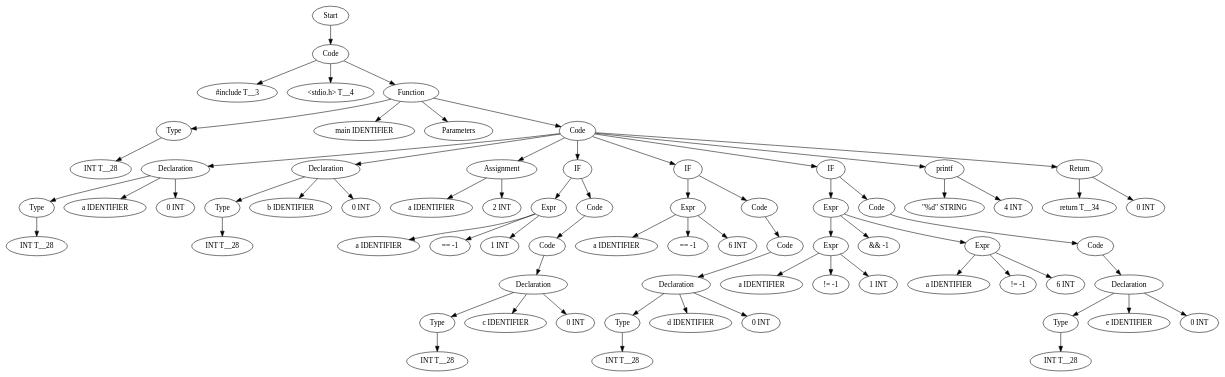
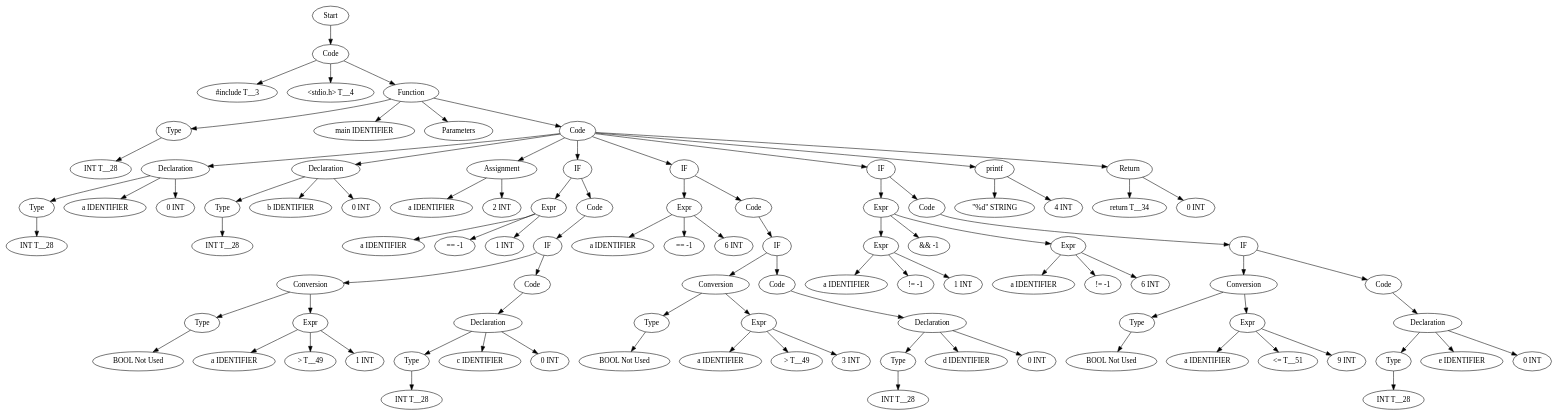
Before and after one commit to Are-you-listening/Compilers: the diagram in TestCases/ASTTests/SwitchTests/createTests/read_file_after.dot, drawn with Graphviz. The commit also changed 280 other files, not shown here.

```diff
--- a/TestCases/ASTTests/SwitchTests/createTests/read_file_after.dot
+++ b/TestCases/ASTTests/SwitchTests/createTests/read_file_after.dot
@@ -1,143 +1,191 @@
 digraph AST {
-  "132066147731696" [label="Start"];
-  "132066147731696" -> "132066147745040";
-  "132066147745040" [label="Code"];
-  "132066147745040" -> "132066147734096";
-  "132066147745040" -> "132066147744272";
-  "132066147745040" -> "132066147743504";
-  "132066147734096" [label="#include T__3"];
-  "132066147744272" [label="<stdio.h> T__4"];
-  "132066147743504" [label="Function"];
-  "132066147743504" -> "132066147732896";
-  "132066147743504" -> "132066147734384";
-  "132066147743504" -> "132066147745424";
-  "132066147743504" -> "132066147732032";
-  "132066147732896" [label="Type"];
-  "132066147732896" -> "132066147733088";
-  "132066147733088" [label="INT T__28"];
-  "132066147734384" [label="main IDENTIFIER"];
-  "132066147745424" [label="Parameters"];
-  "132066147732032" [label="Code"];
-  "132066147732032" -> "132066147731744";
-  "132066147732032" -> "132066147731792";
-  "132066147732032" -> "132066147729920";
-  "132066147732032" -> "132066147743744";
-  "132066147732032" -> "132066147743600";
-  "132066147732032" -> "132066147745760";
-  "132066147732032" -> "132066147734864";
-  "132066147732032" -> "132066147743120";
-  "132066147731744" [label="Declaration"];
-  "132066147731744" -> "132066147731648";
-  "132066147731744" -> "132066147731888";
-  "132066147731744" -> "132066147732272";
-  "132066147731648" [label="Type"];
-  "132066147731648" -> "132066147731600";
-  "132066147731600" [label="INT T__28"];
-  "132066147731888" [label="a IDENTIFIER"];
-  "132066147732272" [label="0 INT"];
-  "132066147731792" [label="Declaration"];
-  "132066147731792" -> "132066147732320";
-  "132066147731792" -> "132066147732848";
-  "132066147731792" -> "132066147743696";
-  "132066147732320" [label="Type"];
-  "132066147732320" -> "132066147743648";
-  "132066147743648" [label="INT T__28"];
-  "132066147732848" [label="b IDENTIFIER"];
-  "132066147743696" [label="0 INT"];
-  "132066147729920" [label="Assignment"];
-  "132066147729920" -> "132066147743792";
-  "132066147729920" -> "132066147743840";
-  "132066147743792" [label="a IDENTIFIER"];
-  "132066147743840" [label="2 INT"];
-  "132066147743744" [label="IF"];
-  "132066147743744" -> "132066147744128";
-  "132066147743744" -> "132066147734816";
-  "132066147744128" [label="Expr"];
-  "132066147744128" -> "132066147733040";
-  "132066147744128" -> "132066147733136";
-  "132066147744128" -> "132066147732752";
-  "132066147733040" [label="a IDENTIFIER"];
-  "132066147733136" [label="== -1"];
-  "132066147732752" [label="1 INT"];
-  "132066147734816" [label="Code"];
-  "132066147734816" -> "132066147741392";
-  "132066147741392" [label="Code"];
-  "132066147741392" -> "132066147744608";
-  "132066147744608" [label="Declaration"];
-  "132066147744608" -> "132066147733808";
-  "132066147744608" -> "132066147733424";
-  "132066147744608" -> "132066147733712";
-  "132066147733808" [label="Type"];
-  "132066147733808" -> "132066147733952";
-  "132066147733952" [label="INT T__28"];
-  "132066147733424" [label="c IDENTIFIER"];
-  "132066147733712" [label="0 INT"];
-  "132066147743600" [label="IF"];
-  "132066147743600" -> "132066147743072";
-  "132066147743600" -> "132066147733232";
-  "132066147743072" [label="Expr"];
-  "132066147743072" -> "132066147733904";
-  "132066147743072" -> "132066147733856";
-  "132066147743072" -> "132066147743216";
-  "132066147733904" [label="a IDENTIFIER"];
-  "132066147733856" [label="== -1"];
-  "132066147743216" [label="6 INT"];
-  "132066147733232" [label="Code"];
-  "132066147733232" -> "132066147735008";
-  "132066147735008" [label="Code"];
-  "132066147735008" -> "132066147734720";
-  "132066147734720" [label="Declaration"];
-  "132066147734720" -> "132066147742736";
-  "132066147734720" -> "132066147743360";
-  "132066147734720" -> "132066147733760";
-  "132066147742736" [label="Type"];
-  "132066147742736" -> "132066147743168";
-  "132066147743168" [label="INT T__28"];
-  "132066147743360" [label="d IDENTIFIER"];
-  "132066147733760" [label="0 INT"];
-  "132066147745760" [label="IF"];
-  "132066147745760" -> "132066147734912";
-  "132066147745760" -> "132066147732800";
-  "132066147734912" [label="Expr"];
-  "132066147734912" -> "132066147744464";
-  "132066147734912" -> "132066147745568";
-  "132066147734912" -> "132066147745616";
-  "132066147744464" [label="Expr"];
-  "132066147744464" -> "132066147742784";
-  "132066147744464" -> "132066147742496";
-  "132066147744464" -> "132066147741776";
-  "132066147742784" [label="a IDENTIFIER"];
-  "132066147742496" [label="!= -1"];
-  "132066147741776" [label="1 INT"];
-  "132066147745568" [label="&& -1"];
-  "132066147745616" [label="Expr"];
-  "132066147745616" -> "132066147732560";
-  "132066147745616" -> "132066147742976";
-  "132066147745616" -> "132066147741536";
-  "132066147732560" [label="a IDENTIFIER"];
-  "132066147742976" [label="!= -1"];
-  "132066147741536" [label="6 INT"];
-  "132066147732800" [label="Code"];
-  "132066147732800" -> "132066147737456";
-  "132066147737456" [label="Code"];
-  "132066147737456" -> "132066147744800";
-  "132066147744800" [label="Declaration"];
-  "132066147744800" -> "132066147744944";
-  "132066147744800" -> "132066147742592";
-  "132066147744800" -> "132066147744848";
-  "132066147744944" [label="Type"];
-  "132066147744944" -> "132066147744704";
-  "132066147744704" [label="INT T__28"];
-  "132066147742592" [label="e IDENTIFIER"];
-  "132066147744848" [label="0 INT"];
-  "132066147734864" [label="printf"];
-  "132066147734864" -> "132066147744032";
-  "132066147734864" -> "132066147731264";
-  "132066147744032" [label="\"%d\" STRING"];
-  "132066147731264" [label="4 INT"];
-  "132066147743120" [label="Return"];
-  "132066147743120" -> "132066147733184";
-  "132066147743120" -> "132066147732992";
-  "132066147733184" [label="return T__34"];
-  "132066147732992" [label="0 INT"];
+  "140082714629872" [label="Start"];
+  "140082714629872" -> "140082714634864";
+  "140082714634864" [label="Code"];
+  "140082714634864" -> "140082714627280";
+  "140082714634864" -> "140082714627424";
+  "140082714634864" -> "140082714639520";
+  "140082714627280" [label="#include T__3"];
+  "140082714627424" [label="<stdio.h> T__4"];
+  "140082714639520" [label="Function"];
+  "140082714639520" -> "140082714636880";
+  "140082714639520" -> "140082714625168";
+  "140082714639520" -> "140082714627184";
+  "140082714639520" -> "140082714634528";
+  "140082714636880" [label="Type"];
+  "140082714636880" -> "140082714640336";
+  "140082714640336" [label="INT T__28"];
+  "140082714625168" [label="main IDENTIFIER"];
+  "140082714627184" [label="Parameters"];
+  "140082714634528" [label="Code"];
+  "140082714634528" -> "140082714633088";
+  "140082714634528" -> "140082714640144";
+  "140082714634528" -> "140082714627088";
+  "140082714634528" -> "140082714632032";
+  "140082714634528" -> "140082714636160";
+  "140082714634528" -> "140082714758016";
+  "140082714634528" -> "140082714768048";
+  "140082714634528" -> "140082714770352";
+  "140082714633088" [label="Declaration"];
+  "140082714633088" -> "140082714626176";
+  "140082714633088" -> "140082714634672";
+  "140082714633088" -> "140082714635680";
+  "140082714626176" [label="Type"];
+  "140082714626176" -> "140082714627808";
+  "140082714627808" [label="INT T__28"];
+  "140082714634672" [label="a IDENTIFIER"];
+  "140082714635680" [label="0 INT"];
+  "140082714640144" [label="Declaration"];
+  "140082714640144" -> "140082714636928";
+  "140082714640144" -> "140082714630208";
+  "140082714640144" -> "140082714632224";
+  "140082714636928" [label="Type"];
+  "140082714636928" -> "140082714630400";
+  "140082714630400" [label="INT T__28"];
+  "140082714630208" [label="b IDENTIFIER"];
+  "140082714632224" [label="0 INT"];
+  "140082714627088" [label="Assignment"];
+  "140082714627088" -> "140082714635920";
+  "140082714627088" -> "140082714625792";
+  "140082714635920" [label="a IDENTIFIER"];
+  "140082714625792" [label="2 INT"];
+  "140082714632032" [label="IF"];
+  "140082714632032" -> "140082714633040";
+  "140082714632032" -> "140082714625072";
+  "140082714633040" [label="Expr"];
+  "140082714633040" -> "140082714628720";
+  "140082714633040" -> "140082714625648";
+  "140082714633040" -> "140082714637936";
+  "140082714628720" [label="a IDENTIFIER"];
+  "140082714625648" [label="== -1"];
+  "140082714637936" [label="1 INT"];
+  "140082714625072" [label="Code"];
+  "140082714625072" -> "140082714635344";
+  "140082714635344" [label="IF"];
+  "140082714635344" -> "140082714628912";
+  "140082714635344" -> "140082714765360";
+  "140082714628912" [label="Conversion"];
+  "140082714628912" -> "140082714624448";
+  "140082714628912" -> "140082714765792";
+  "140082714624448" [label="Type"];
+  "140082714624448" -> "140082714765984";
+  "140082714765984" [label="BOOL Not Used"];
+  "140082714765792" [label="Expr"];
+  "140082714765792" -> "140082714765600";
+  "140082714765792" -> "140082714765552";
+  "140082714765792" -> "140082714765312";
+  "140082714765600" [label="a IDENTIFIER"];
+  "140082714765552" [label="> T__49"];
+  "140082714765312" [label="1 INT"];
+  "140082714765360" [label="Code"];
+  "140082714765360" -> "140082714765264";
+  "140082714765264" [label="Declaration"];
+  "140082714765264" -> "140082714755808";
+  "140082714765264" -> "140082714761568";
+  "140082714765264" -> "140082714759744";
+  "140082714755808" [label="Type"];
+  "140082714755808" -> "140082714756000";
+  "140082714756000" [label="INT T__28"];
+  "140082714761568" [label="c IDENTIFIER"];
+  "140082714759744" [label="0 INT"];
+  "140082714636160" [label="IF"];
+  "140082714636160" -> "140082714759696";
+  "140082714636160" -> "140082714762672";
+  "140082714759696" [label="Expr"];
+  "140082714759696" -> "140082714760992";
+  "140082714759696" -> "140082714760800";
+  "140082714759696" -> "140082714763104";
+  "140082714760992" [label="a IDENTIFIER"];
+  "140082714760800" [label="== -1"];
+  "140082714763104" [label="6 INT"];
+  "140082714762672" [label="Code"];
+  "140082714762672" -> "140082714757920";
+  "140082714757920" [label="IF"];
+  "140082714757920" -> "140082714757824";
+  "140082714757920" -> "140082714758592";
+  "140082714757824" [label="Conversion"];
+  "140082714757824" -> "140082714762096";
+  "140082714757824" -> "140082714759840";
+  "140082714762096" [label="Type"];
+  "140082714762096" -> "140082714759888";
+  "140082714759888" [label="BOOL Not Used"];
+  "140082714759840" [label="Expr"];
+  "140082714759840" -> "140082714757296";
+  "140082714759840" -> "140082714758928";
+  "140082714759840" -> "140082714758736";
+  "140082714757296" [label="a IDENTIFIER"];
+  "140082714758928" [label="> T__49"];
+  "140082714758736" [label="3 INT"];
+  "140082714758592" [label="Code"];
+  "140082714758592" -> "140082714755280";
+  "140082714755280" [label="Declaration"];
+  "140082714755280" -> "140082714760320";
+  "140082714755280" -> "140082714762288";
+  "140082714755280" -> "140082714764064";
+  "140082714760320" [label="Type"];
+  "140082714760320" -> "140082714762336";
+  "140082714762336" [label="INT T__28"];
+  "140082714762288" [label="d IDENTIFIER"];
+  "140082714764064" [label="0 INT"];
+  "140082714758016" [label="IF"];
+  "140082714758016" -> "140082714756816";
+  "140082714758016" -> "140082714767808";
+  "140082714756816" [label="Expr"];
+  "140082714756816" -> "140082714766560";
+  "140082714756816" -> "140082714767136";
+  "140082714756816" -> "140082714767280";
+  "140082714766560" [label="Expr"];
+  "140082714766560" -> "140082714766752";
+  "140082714766560" -> "140082714766896";
+  "140082714766560" -> "140082714767040";
+  "140082714766752" [label="a IDENTIFIER"];
+  "140082714766896" [label="!= -1"];
+  "140082714767040" [label="1 INT"];
+  "140082714767136" [label="&& -1"];
+  "140082714767280" [label="Expr"];
+  "140082714767280" -> "140082714767472";
+  "140082714767280" -> "140082714767616";
+  "140082714767280" -> "140082714767760";
+  "140082714767472" [label="a IDENTIFIER"];
+  "140082714767616" [label="!= -1"];
+  "140082714767760" [label="6 INT"];
+  "140082714767808" [label="Code"];
+  "140082714767808" -> "140082714768000";
+  "140082714768000" [label="IF"];
+  "140082714768000" -> "140082714768192";
+  "140082714768000" -> "140082714769200";
+  "140082714768192" [label="Conversion"];
+  "140082714768192" -> "140082714768384";
+  "140082714768192" -> "140082714768672";
+  "140082714768384" [label="Type"];
+  "140082714768384" -> "140082714768576";
+  "140082714768576" [label="BOOL Not Used"];
+  "140082714768672" [label="Expr"];
+  "140082714768672" -> "140082714768864";
+  "140082714768672" -> "140082714769008";
+  "140082714768672" -> "140082714769152";
+  "140082714768864" [label="a IDENTIFIER"];
+  "140082714769008" [label="<= T__51"];
+  "140082714769152" [label="9 INT"];
+  "140082714769200" [label="Code"];
+  "140082714769200" -> "140082714769392";
+  "140082714769392" [label="Declaration"];
+  "140082714769392" -> "140082714769584";
+  "140082714769392" -> "140082714769872";
+  "140082714769392" -> "140082714770016";
+  "140082714769584" [label="Type"];
+  "140082714769584" -> "140082714769776";
+  "140082714769776" [label="INT T__28"];
+  "140082714769872" [label="e IDENTIFIER"];
+  "140082714770016" [label="0 INT"];
+  "140082714768048" [label="printf"];
+  "140082714768048" -> "140082714770112";
+  "140082714768048" -> "140082714770256";
+  "140082714770112" [label="\"%d\" STRING"];
+  "140082714770256" [label="4 INT"];
+  "140082714770352" [label="Return"];
+  "140082714770352" -> "140082714770544";
+  "140082714770352" -> "140082714770688";
+  "140082714770544" [label="return T__34"];
+  "140082714770688" [label="0 INT"];
 }
```
